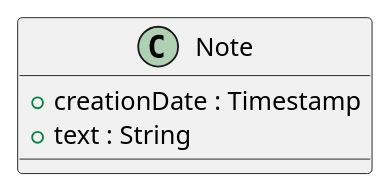
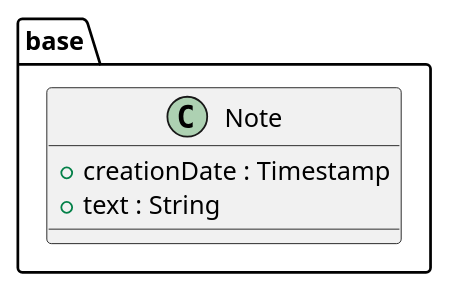
Before and after one commit to beerfactory/brewbox-uml: the diagram in src/class/include/note.iuml, drawn with PlantUML. The commit also changed 32 other files, not shown here.

```diff
--- a/src/class/include/note.iuml
+++ b/src/class/include/note.iuml
@@ -1,4 +1,6 @@
-Class Note {
-    + creationDate : Timestamp
-    + text : String
+package base {
+	Class Note {
+	    + creationDate : Timestamp
+	    + text : String
+	}	
 }
```
